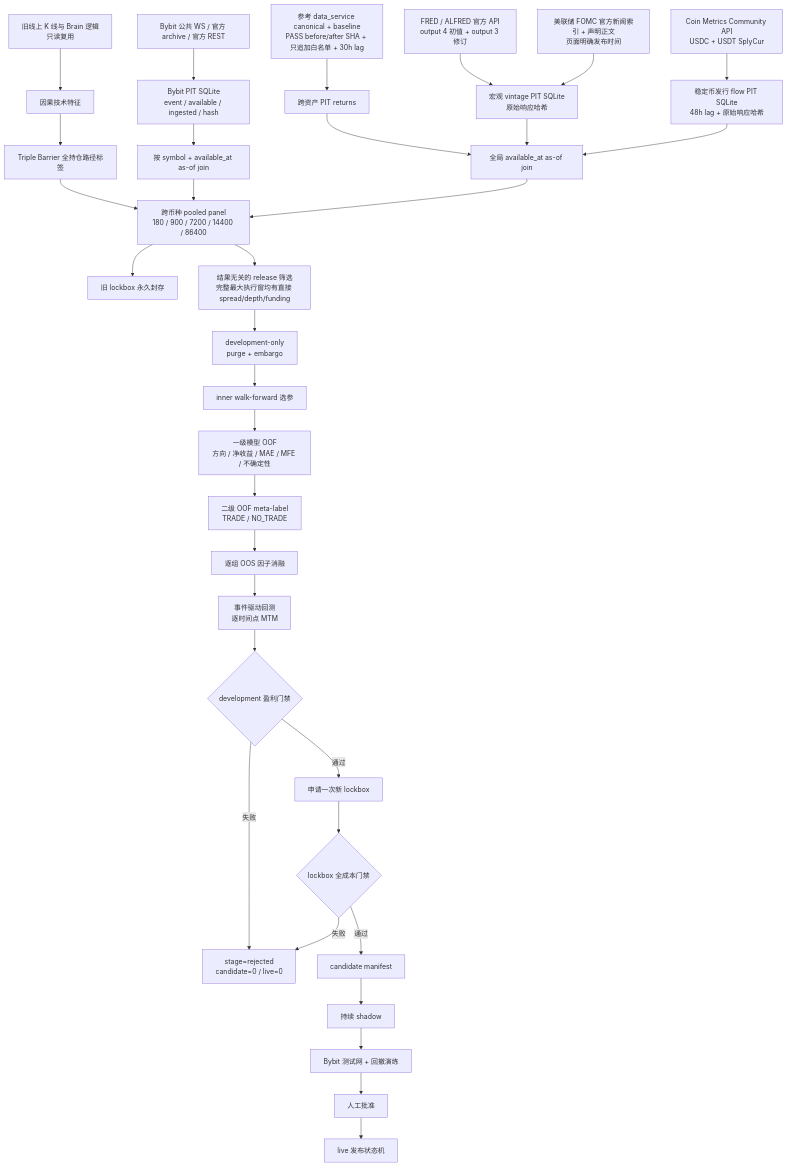
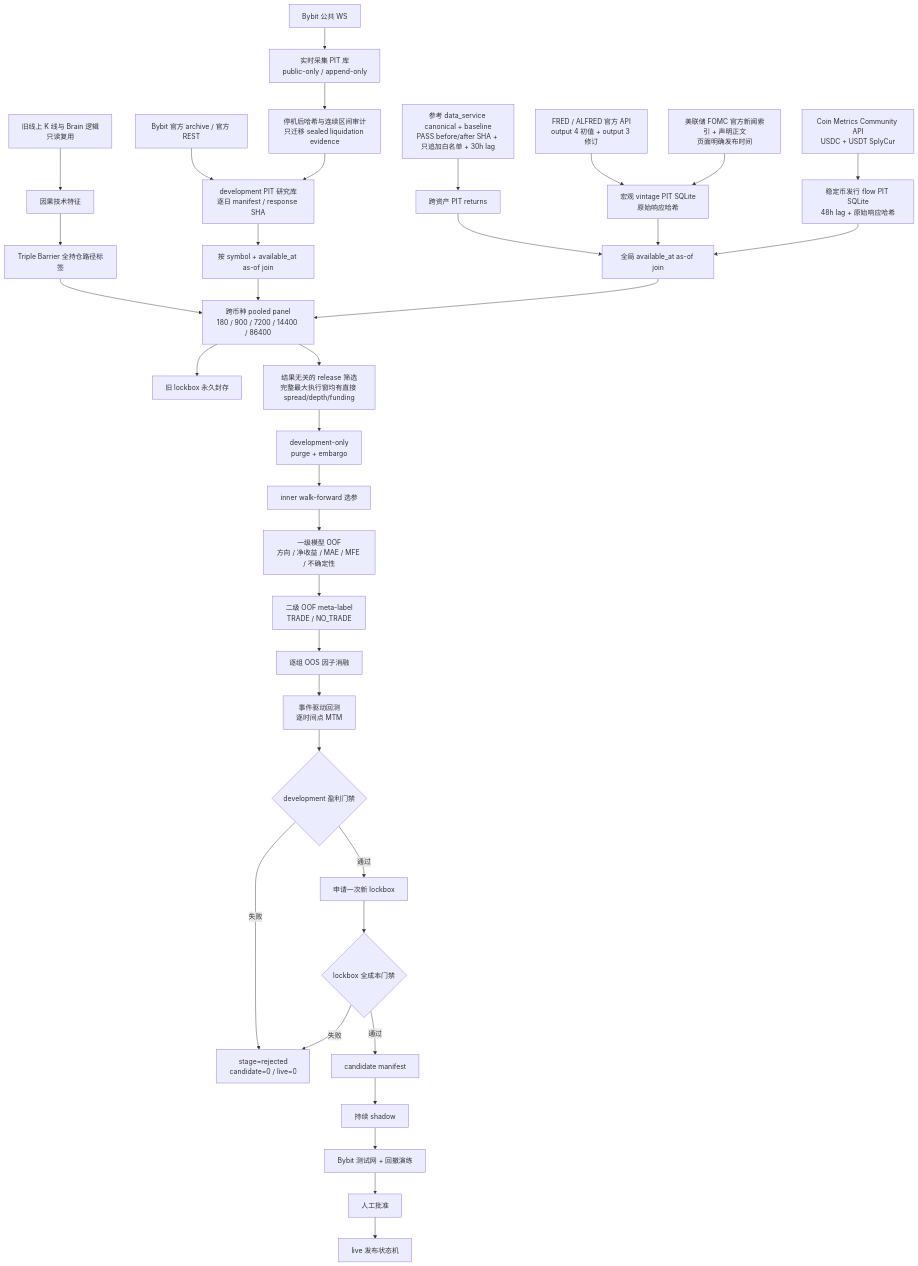
Before and after one commit to ckbkdj/ai-bybit-trading-system: the first of 2 diagrams in ai_bot3/ai_bot3/docs/profitability_alpha_architecture.md, drawn with Mermaid. The commit also changed other lines of this file and 8 other files, not shown here.

````diff
--- a/ai_bot3/ai_bot3/docs/profitability_alpha_architecture.md
+++ b/ai_bot3/ai_bot3/docs/profitability_alpha_architecture.md
@@ -19,38 +19,41 @@
 ```mermaid
 flowchart TD
     A[旧线上 K 线与 Brain 逻辑<br/>只读复用] --> B[因果技术特征]
-    C[Bybit 公共 WS / 官方 archive / 官方 REST] --> D[Bybit PIT SQLite<br/>event / available / ingested / hash]
+    C[Bybit 公共 WS] --> CA[实时采集 PIT 库<br/>public-only / append-only]
+    CA --> CB[停机后哈希与连续区间审计<br/>只迁移 sealed liquidation evidence]
+    CC[Bybit 官方 archive / 官方 REST] --> D[development PIT 研究库<br/>逐日 manifest / response SHA]
+    CB --> D
     E[参考 data_service canonical + baseline<br/>PASS before/after SHA + 只追加白名单 + 30h lag] --> F[跨资产 PIT returns]
     G[FRED / ALFRED 官方 API<br/>output 4 初值 + output 3 修订] --> H[宏观 vintage PIT SQLite<br/>原始响应哈希]
     AE[美联储 FOMC 官方新闻索引 + 声明正文<br/>页面明确发布时间] --> H
     AC[Coin Metrics Community API<br/>USDC + USDT SplyCur] --> AD[稳定币发行 flow PIT SQLite<br/>48h lag + 原始响应哈希]
 
     B --> I[Triple Barrier 全持仓路径标签]
     D --> J[按 symbol + available_at as-of join]
     F --> K[全局 available_at as-of join]
     H --> K
     AD --> K
     I --> L[跨币种 pooled panel<br/>180 / 900 / 7200 / 14400 / 86400]
     J --> L
     K --> L
 
     L --> M[旧 lockbox 永久封存]
     L --> AF[结果无关的 release 筛选<br/>完整最大执行窗均有直接 spread/depth/funding]
     AF --> N[development-only<br/>purge + embargo]
     N --> O[inner walk-forward 选参]
     O --> P[一级模型 OOF<br/>方向 / 净收益 / MAE / MFE / 不确定性]
     P --> Q[二级 OOF meta-label<br/>TRADE / NO_TRADE]
     Q --> R[逐组 OOS 因子消融]
     R --> S[事件驱动回测<br/>逐时间点 MTM]
     S --> T{development 盈利门禁}
 
     T -- 失败 --> U[stage=rejected<br/>candidate=0 / live=0]
     T -- 通过 --> V[申请一次新 lockbox]
     V --> W{lockbox 全成本门禁}
     W -- 失败 --> U
     W -- 通过 --> X[candidate manifest]
     X --> Y[持续 shadow]
     Y --> Z[Bybit 测试网 + 回撤演练]
     Z --> AA[人工批准]
     AA --> AB[live 发布状态机]
 ```
````
